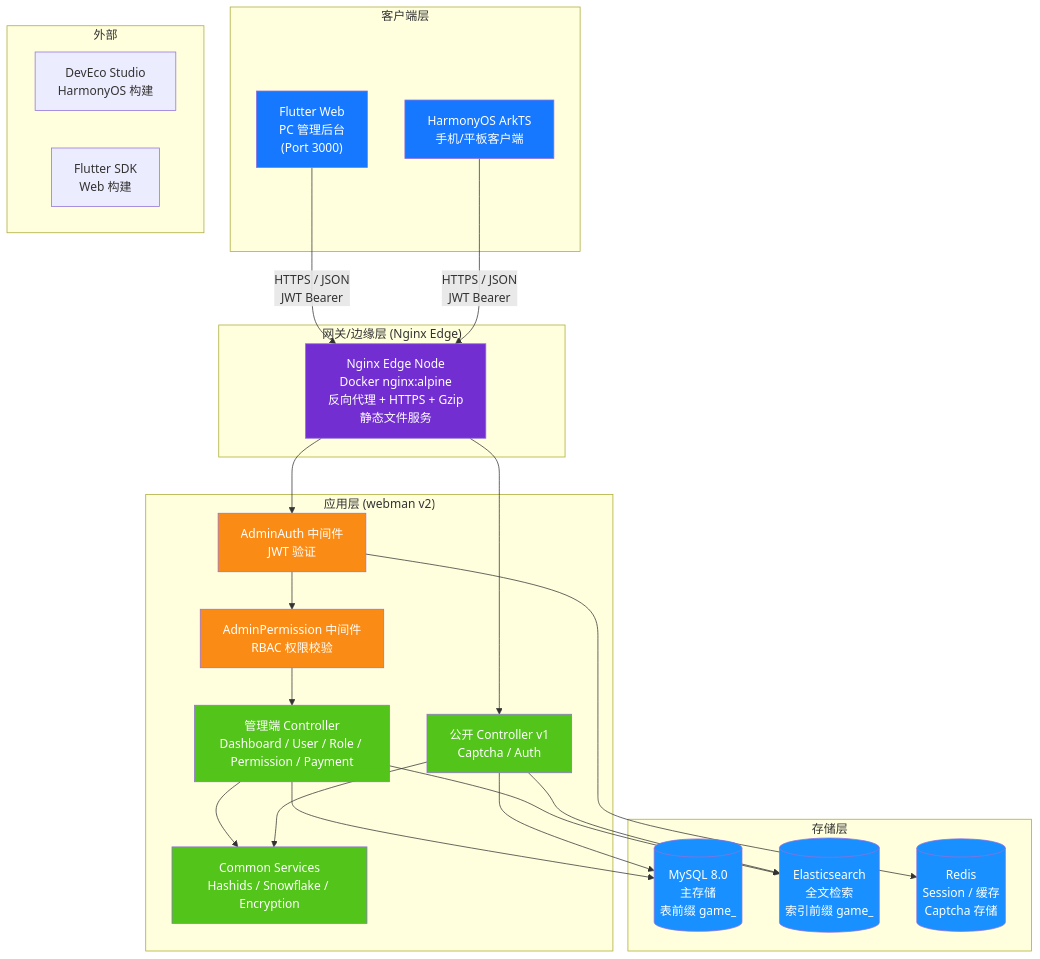
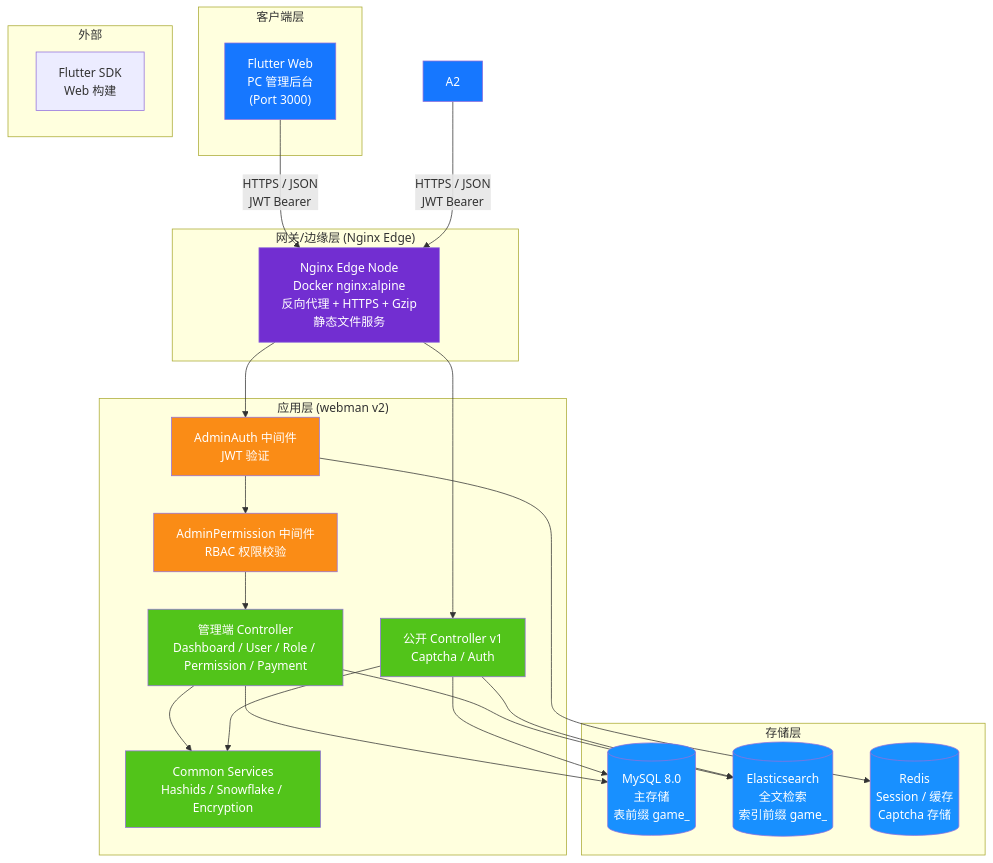
One commit to erikwang2013/game-platform-php changed the first of 14 diagrams in admin/docs/ARCHITECTURE.md. Above: the diagram before and after it, drawn with Mermaid. The commit also changed other lines of this file and 591 other files, not shown here.

Commit message:
文档：仅保留中英文 README，清理已移除功能与过时图片

````diff
--- a/admin/docs/ARCHITECTURE.md
+++ b/admin/docs/ARCHITECTURE.md
@@ -15,56 +15,54 @@
 ```mermaid
 flowchart TB
     subgraph "客户端层"
         A1["Flutter Web<br/>PC 管理后台<br/>(Port 3000)"]
-        A2["HarmonyOS ArkTS<br/>手机/平板客户端"]
     end
 
     subgraph "网关/边缘层 (Nginx Edge)"
         B1["Nginx Edge Node<br/>Docker nginx:alpine<br/>反向代理 + HTTPS + Gzip<br/>静态文件服务"]
     end
 
     subgraph "应用层 (webman v2)"
         C1["AdminAuth 中间件<br/>JWT 验证"]
         C2["AdminPermission 中间件<br/>RBAC 权限校验"]
         C3["管理端 Controller<br/>Dashboard / User / Role / Permission / Payment"]
         C4["公开 Controller v1<br/>Captcha / Auth"]
         C5["Common Services<br/>Hashids / Snowflake / Encryption"]
     end
 
     subgraph "存储层"
         D1[("MySQL 8.0<br/>主存储<br/>表前缀 game_")]
         D2[("Elasticsearch<br/>全文检索<br/>索引前缀 game_")]
         D3[("Redis<br/>Session / 缓存<br/>Captcha 存储")]
     end
 
     subgraph "外部"
-        E1["DevEco Studio<br/>HarmonyOS 构建"]
         E2["Flutter SDK<br/>Web 构建"]
     end
 
     A1 -->|"HTTPS / JSON<br/>JWT Bearer"| B1
     A2 -->|"HTTPS / JSON<br/>JWT Bearer"| B1
     B1 --> C1
     C1 --> C2
     C2 --> C3
     B1 --> C4
     C3 --> C5
     C4 --> C5
     C3 --> D1
     C4 --> D1
     C3 --> D2
     C4 --> D2
     C1 --> D3
 
     style A1 fill:#1677FF,color:#fff
     style A2 fill:#1677FF,color:#fff
     style B1 fill:#722ED1,color:#fff
     style C1 fill:#FA8C16,color:#fff
     style C2 fill:#FA8C16,color:#fff
     style C3 fill:#52C41A,color:#fff
     style C4 fill:#52C41A,color:#fff
     style C5 fill:#52C41A,color:#fff
     style D1 fill:#1890FF,color:#fff
     style D2 fill:#1890FF,color:#fff
     style D3 fill:#1890FF,color:#fff
 ```
````
